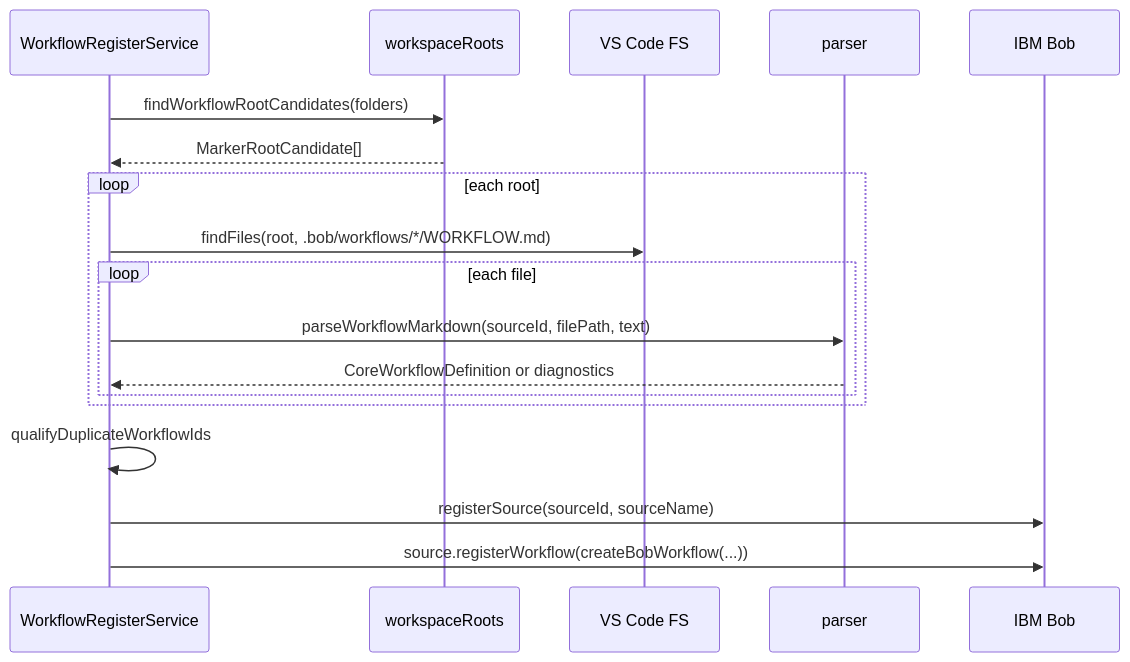
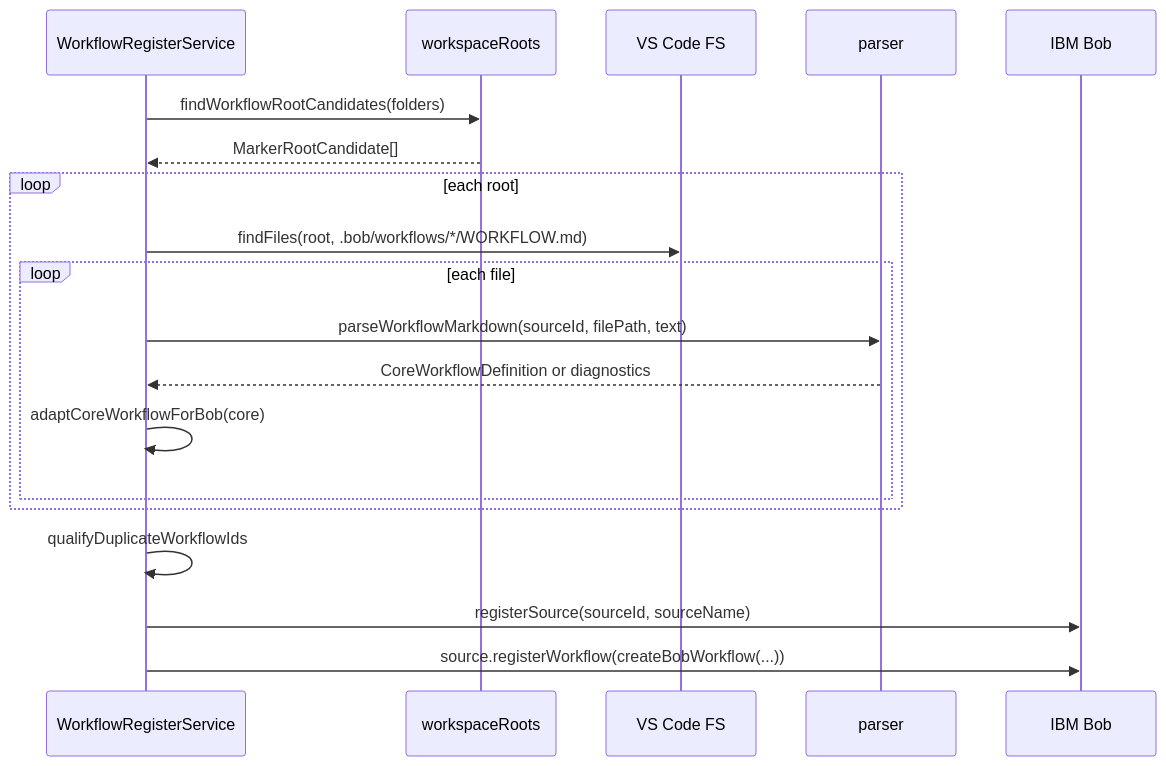
Before and after one commit to katamor1/CUSTUM_MODE: the first of 2 diagrams in v2/extensions/workflow-register/docs/detailed-design-ja.md, drawn with Mermaid. The commit also changed other lines of this file and 59 other files, not shown here.

````diff
--- a/v2/extensions/workflow-register/docs/detailed-design-ja.md
+++ b/v2/extensions/workflow-register/docs/detailed-design-ja.md
@@ -120,21 +152,22 @@
 ```mermaid
 sequenceDiagram
   participant S as WorkflowRegisterService
   participant W as workspaceRoots
   participant FS as VS Code FS
   participant P as parser
   participant B as IBM Bob
 
   S->>W: findWorkflowRootCandidates(folders)
   W-->>S: MarkerRootCandidate[]
   loop each root
     S->>FS: findFiles(root, .bob/workflows/*/WORKFLOW.md)
     loop each file
       S->>P: parseWorkflowMarkdown(sourceId, filePath, text)
       P-->>S: CoreWorkflowDefinition or diagnostics
+      S->>S: adaptCoreWorkflowForBob(core)
     end
   end
   S->>S: qualifyDuplicateWorkflowIds
   S->>B: registerSource(sourceId, sourceName)
   S->>B: source.registerWorkflow(createBobWorkflow(...))
 ```
````
